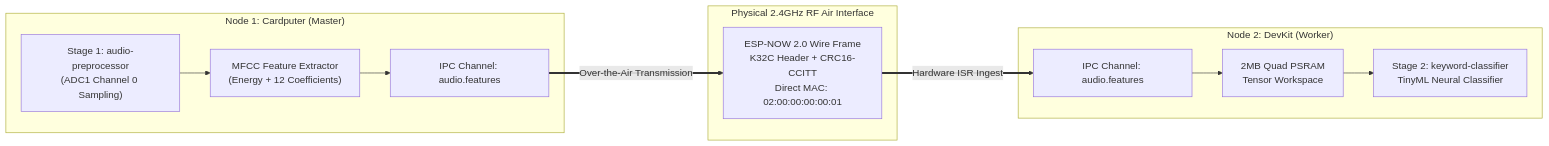
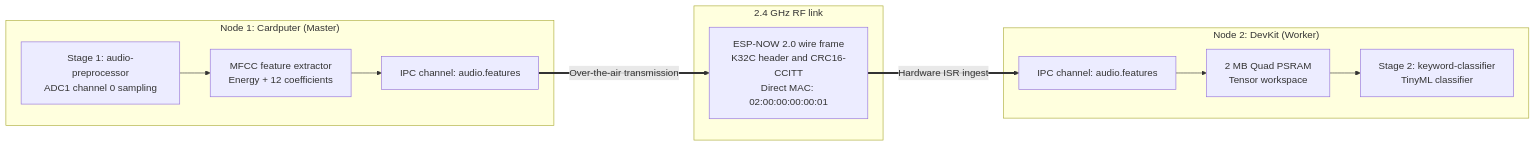
Before and after one commit to arterialist/kube32: the diagram in docs/workloads/distributed-pipeline.md, drawn with Mermaid. The commit also changed other lines of this file and 16 other files, not shown here.

````diff
--- a/docs/workloads/distributed-pipeline.md
+++ b/docs/workloads/distributed-pipeline.md
@@ -83,27 +83,27 @@
 ```mermaid
 graph LR
     subgraph N1["Node 1: Cardputer (Master)"]
-        S1["Stage 1: audio-preprocessor<br/>(ADC1 Channel 0 Sampling)"]
-        EXTRACT["MFCC Feature Extractor<br/>(Energy + 12 Coefficients)"]
-        CH1["IPC Channel: audio.features"]
+        S1["Stage 1: audio-preprocessor<br/>ADC1 channel 0 sampling"]
+        EXTRACT["MFCC feature extractor<br/>Energy + 12 coefficients"]
+        CH1["IPC channel: audio.features"]
 
         S1 --> EXTRACT
         EXTRACT --> CH1
     end
 
-    subgraph RF["Physical 2.4GHz RF Air Interface"]
-        AIR["ESP-NOW 2.0 Wire Frame<br/>K32C Header + CRC16-CCITT<br/>Direct MAC: 02:00:00:00:00:01"]
+    subgraph RF["2.4 GHz RF link"]
+        AIR["ESP-NOW 2.0 wire frame<br/>K32C header and CRC16-CCITT<br/>Direct MAC: 02:00:00:00:00:01"]
     end
 
     subgraph N2["Node 2: DevKit (Worker)"]
-        CH2["IPC Channel: audio.features"]
-        PSRAM["2MB Quad PSRAM<br/>Tensor Workspace"]
-        TINYML["Stage 2: keyword-classifier<br/>TinyML Neural Classifier"]
+        CH2["IPC channel: audio.features"]
+        PSRAM["2 MB Quad PSRAM<br/>Tensor workspace"]
+        TINYML["Stage 2: keyword-classifier<br/>TinyML classifier"]
 
         CH2 --> PSRAM
         PSRAM --> TINYML
     end
 
-    CH1 ==>|"Over-the-Air Transmission"| AIR
-    AIR ==>|"Hardware ISR Ingest"| CH2
+    CH1 ==>|"Over-the-air transmission"| AIR
+    AIR ==>|"Hardware ISR ingest"| CH2
 ```
````
